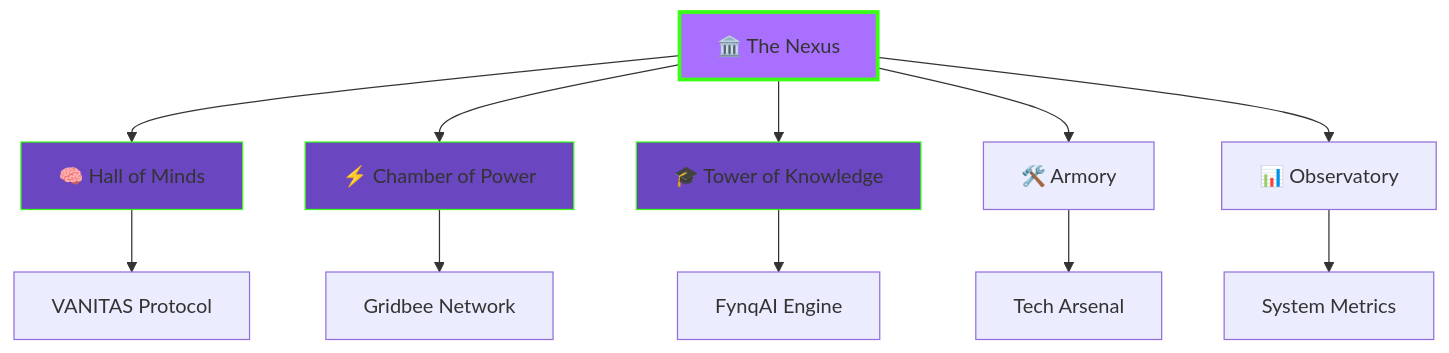
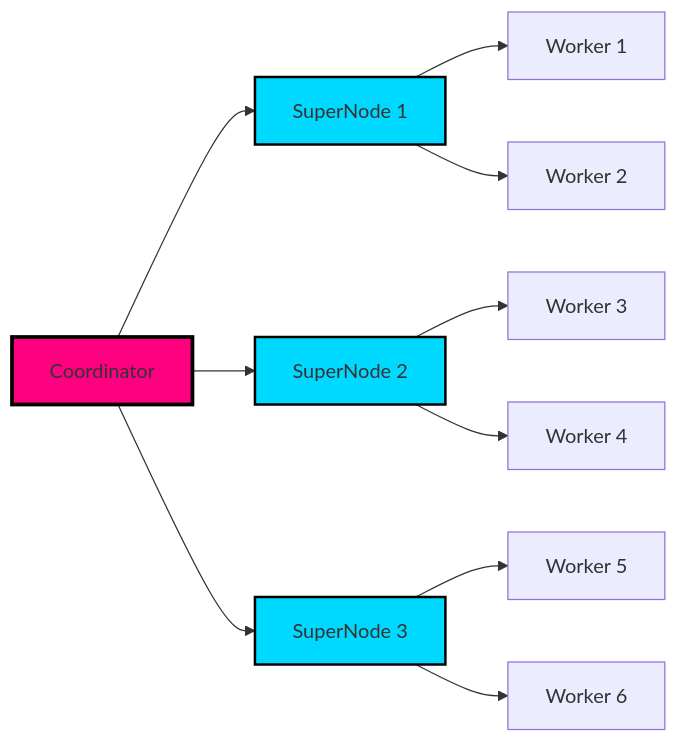
One commit to AshwinRenjith/ashwinrenjith changed the second of 2 diagrams in readme.md. Above: the diagram before and after it, drawn with Mermaid. The commit also changed other lines of this file, not shown here.

````diff
--- a/readme.md
+++ b/readme.md
@@ -63,18 +510,17 @@
 ```mermaid
-graph TD
-    A[🏛️ The Nexus] --> B[🧠 Hall of Minds]
-    A --> C[⚡ Chamber of Power]
-    A --> D[🎓 Tower of Knowledge]
-    A --> E[🛠️ Armory]
-    A --> F[📊 Observatory]
-    B --> B1[VANITAS Protocol]
-    C --> C1[Gridbee Network]
-    D --> D1[FynqAI Engine]
-    E --> E1[Tech Arsenal]
-    F --> F1[System Metrics]
+graph LR
+    A[Coordinator] --> B[SuperNode 1]
+    A --> C[SuperNode 2]
+    A --> D[SuperNode 3]
+    B --> E[Worker 1]
+    B --> F[Worker 2]
+    C --> G[Worker 3]
+    C --> H[Worker 4]
+    D --> I[Worker 5]
+    D --> J[Worker 6]
     
-    style A fill:#A970FF,stroke:#39FF14,stroke-width:3px
-    style B fill:#6B46C1,stroke:#39FF14
-    style C fill:#6B46C1,stroke:#39FF14
-    style D fill:#6B46C1,stroke:#39FF14
+    style A fill:#ff0080,stroke:#000,stroke-width:3px
+    style B fill:#00d9ff,stroke:#000,stroke-width:2px
+    style C fill:#00d9ff,stroke:#000,stroke-width:2px
+    style D fill:#00d9ff,stroke:#000,stroke-width:2px
 ```
````
